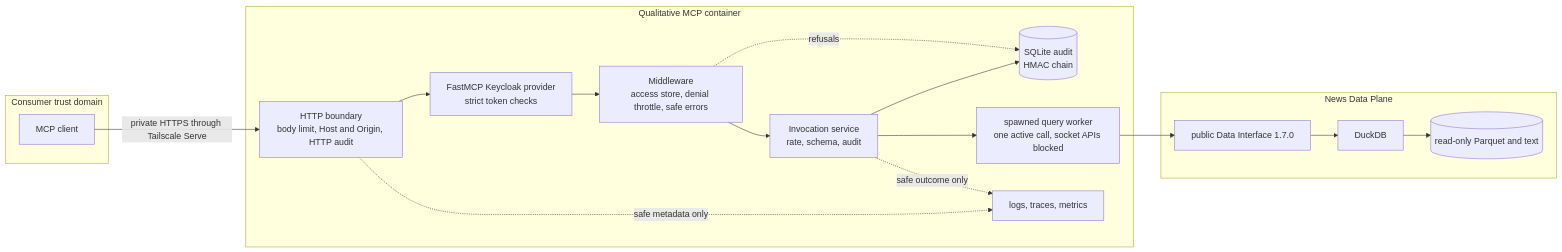
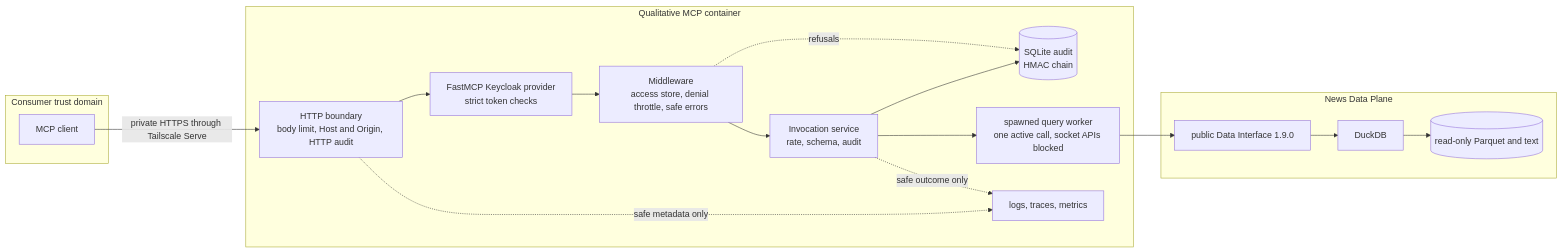
One commit to SiddarthaKoppaka/stram_qualitative_mcp changed the first of 4 diagrams in docs/explanation/architecture.md. Above: the diagram before and after it, drawn with Mermaid. The commit also changed other lines of this file and 19 other files, not shown here.

````diff
--- a/docs/explanation/architecture.md
+++ b/docs/explanation/architecture.md
@@ -11,26 +11,26 @@
 ```mermaid
 flowchart LR
     subgraph consumer[Consumer trust domain]
         C[MCP client]
     end
     subgraph tool[Qualitative MCP container]
         H[HTTP boundary<br/>body limit, Host and Origin, HTTP audit]
         A[FastMCP Keycloak provider<br/>strict token checks]
         M[Middleware<br/>access store, denial throttle, safe errors]
         P[Invocation service<br/>rate, schema, audit]
         J[(SQLite audit<br/>HMAC chain)]
         W[spawned query worker<br/>one active call, socket APIs blocked]
         O[logs, traces, metrics]
     end
     subgraph data[News Data Plane]
-        I[public Data Interface 1.7.0]
+        I[public Data Interface 1.9.0]
         Q[DuckDB]
         L[(read-only Parquet and text)]
     end
     C -->|private HTTPS through Tailscale Serve| H --> A --> M --> P
     P --> J
     M -. refusals .-> J
     P --> W --> I --> Q --> L
     H -. safe metadata only .-> O
     P -. safe outcome only .-> O
 ```
````
